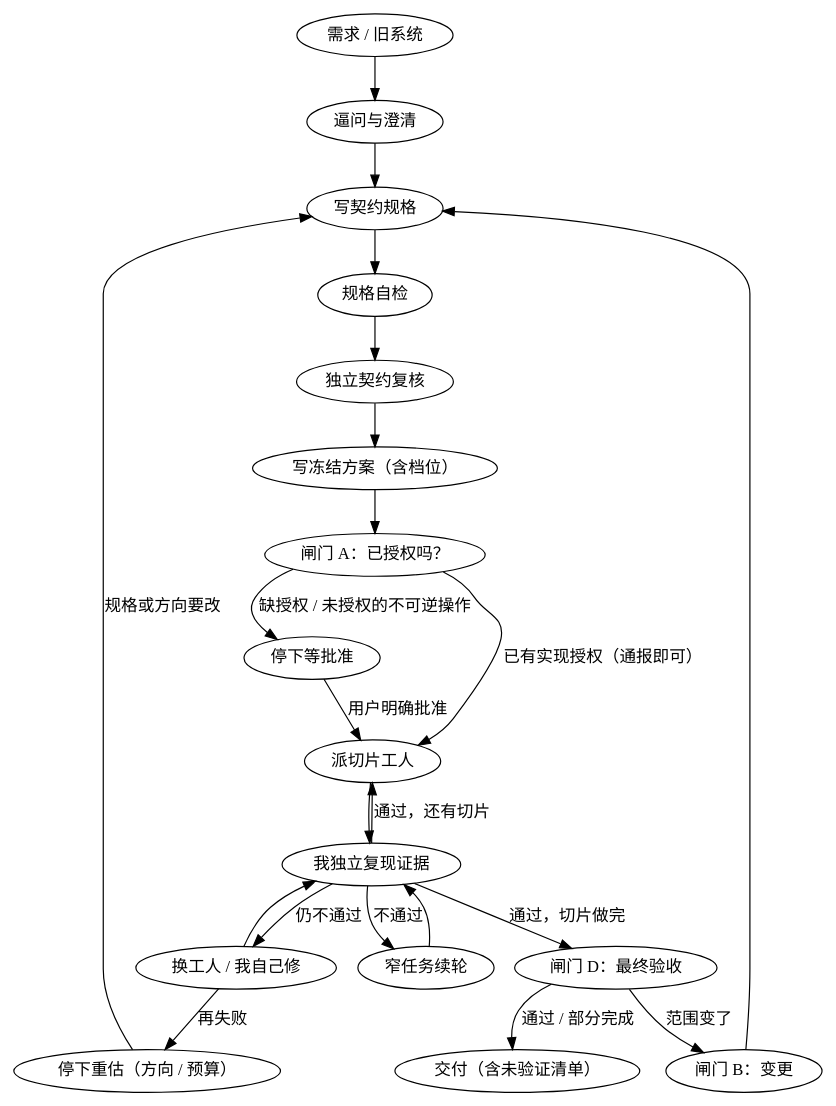
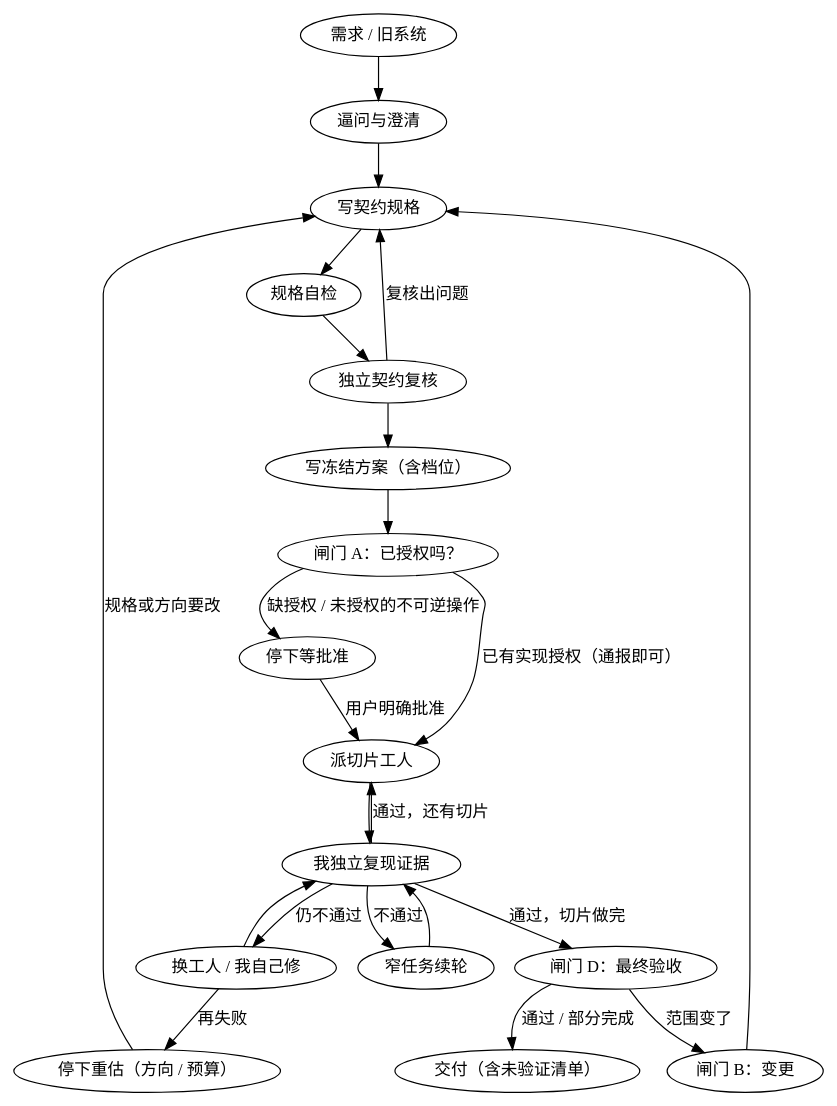
One commit to Leexunhuan743/orchestrated-build changed the diagram in SKILL.md. Above: the diagram before and after it, drawn with Graphviz. The commit also changed other lines of this file and 3 other files, not shown here.

````diff
--- a/SKILL.md
+++ b/SKILL.md
@@ -26,25 +26,26 @@
 ```dot
 digraph loop {
   "需求 / 旧系统" -> "逼问与澄清";
   "逼问与澄清" -> "写契约规格";
   "写契约规格" -> "规格自检";
   "规格自检" -> "独立契约复核";
   "独立契约复核" -> "写冻结方案（含档位）";
+  "独立契约复核" -> "写契约规格" [label="复核出问题"];
   "写冻结方案（含档位）" -> "闸门 A：已授权吗？";
   "闸门 A：已授权吗？" -> "停下等批准" [label="缺授权 / 未授权的不可逆操作"];
   "停下等批准" -> "派切片工人" [label="用户明确批准"];
   "闸门 A：已授权吗？" -> "派切片工人" [label="已有实现授权（通报即可）"];
   "派切片工人" -> "我独立复现证据";
   "我独立复现证据" -> "窄任务续轮" [label="不通过"];
   "窄任务续轮" -> "我独立复现证据";
   "我独立复现证据" -> "换工人 / 我自己修" [label="仍不通过"];
   "换工人 / 我自己修" -> "我独立复现证据";
   "换工人 / 我自己修" -> "停下重估（方向 / 预算）" [label="再失败"];
   "停下重估（方向 / 预算）" -> "写契约规格" [label="规格或方向要改"];
   "我独立复现证据" -> "派切片工人" [label="通过，还有切片"];
   "我独立复现证据" -> "闸门 D：最终验收" [label="通过，切片做完"];
   "闸门 D：最终验收" -> "闸门 B：变更" [label="范围变了"];
   "闸门 B：变更" -> "写契约规格";
   "闸门 D：最终验收" -> "交付（含未验证清单）" [label="通过 / 部分完成"];
 }
 ```
````
